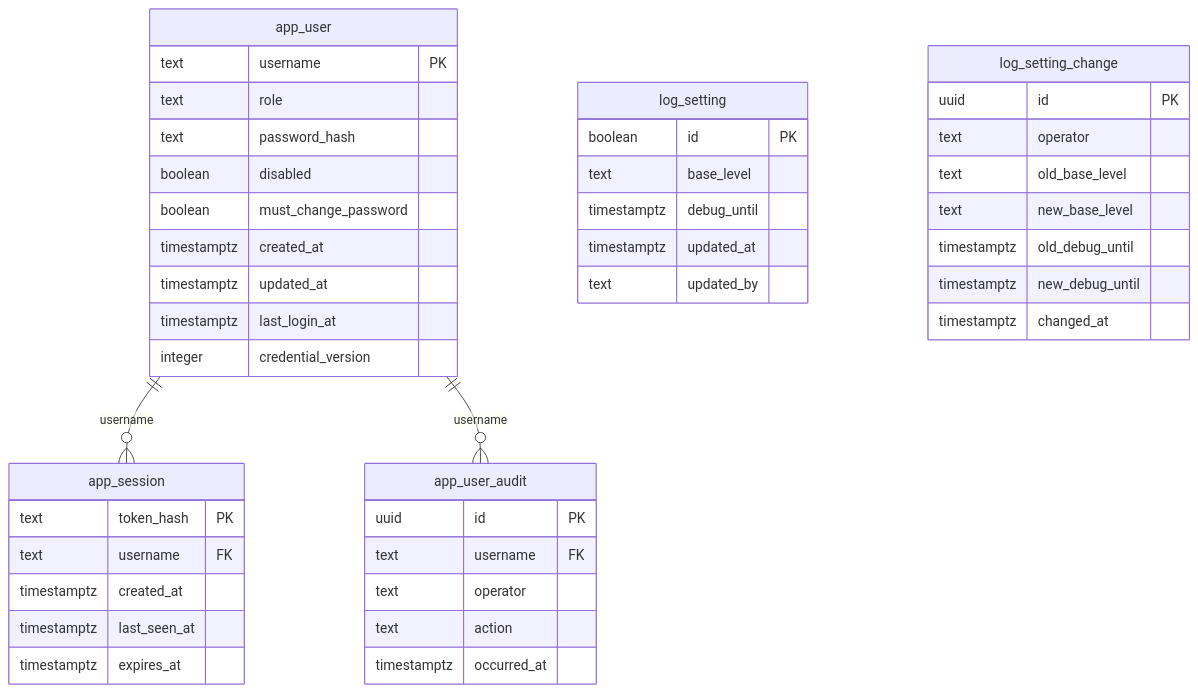
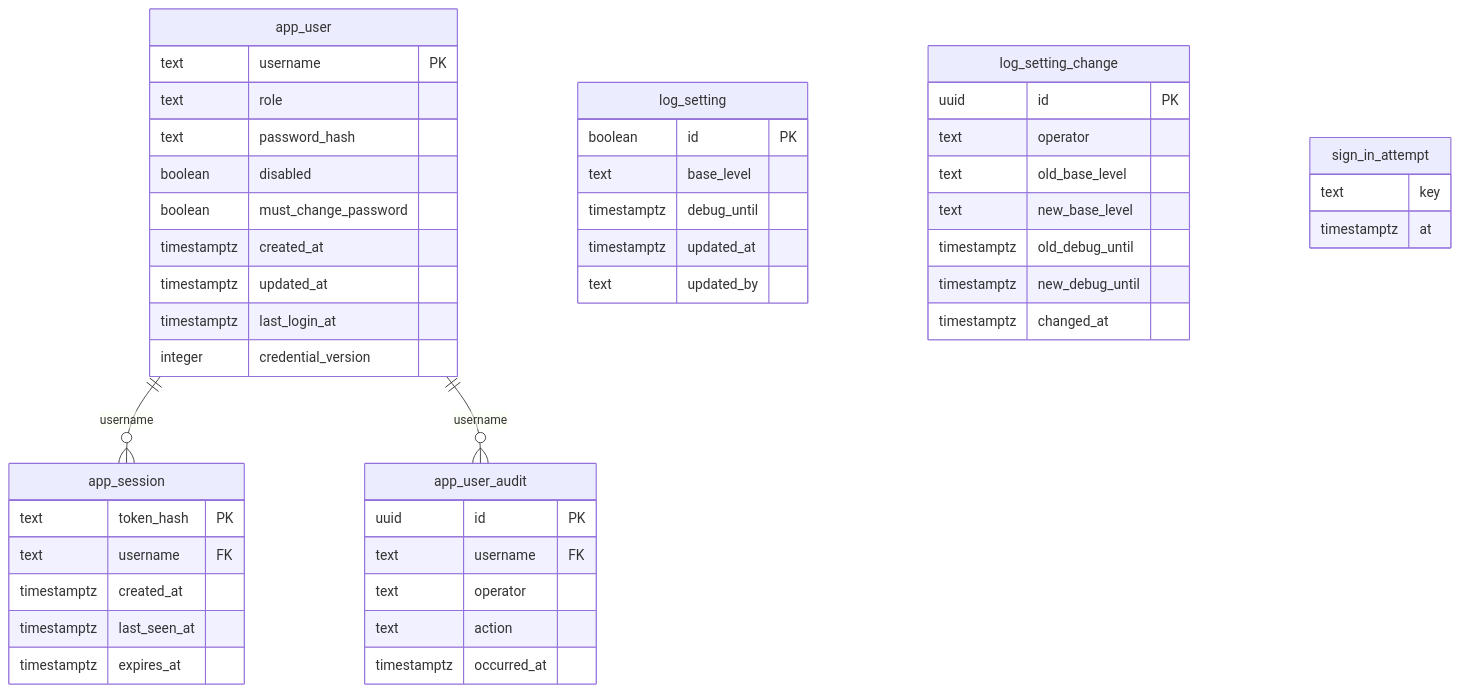
One commit to altharmz/bss changed diagram 11 of 11 in docs/db/README.md. Above: the diagram before and after it, drawn with Mermaid. The commit also changed other lines of this file and 18 other files, not shown here.

````diff
--- a/docs/db/README.md
+++ b/docs/db/README.md
@@ -1634,46 +1636,50 @@
 ```mermaid
 erDiagram
   app_user {
     text username PK
     text role
     text password_hash
     boolean disabled
     boolean must_change_password
     timestamptz created_at
     timestamptz updated_at
     timestamptz last_login_at
     integer credential_version
   }
   app_session {
     text token_hash PK
     text username FK
     timestamptz created_at
     timestamptz last_seen_at
     timestamptz expires_at
   }
   app_user_audit {
     uuid id PK
     text username FK
     text operator
     text action
     timestamptz occurred_at
   }
   log_setting {
     boolean id PK
     text base_level
     timestamptz debug_until
     timestamptz updated_at
     text updated_by
   }
   log_setting_change {
     uuid id PK
     text operator
     text old_base_level
     text new_base_level
     timestamptz old_debug_until
     timestamptz new_debug_until
     timestamptz changed_at
   }
+  sign_in_attempt {
+    text key
+    timestamptz at
+  }
   app_user ||--o{ app_session : "username"
   app_user ||--o{ app_user_audit : "username"
 ```
````
